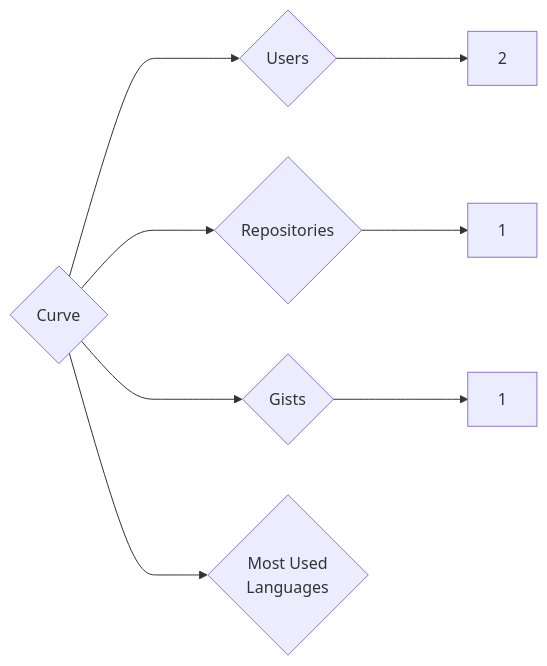
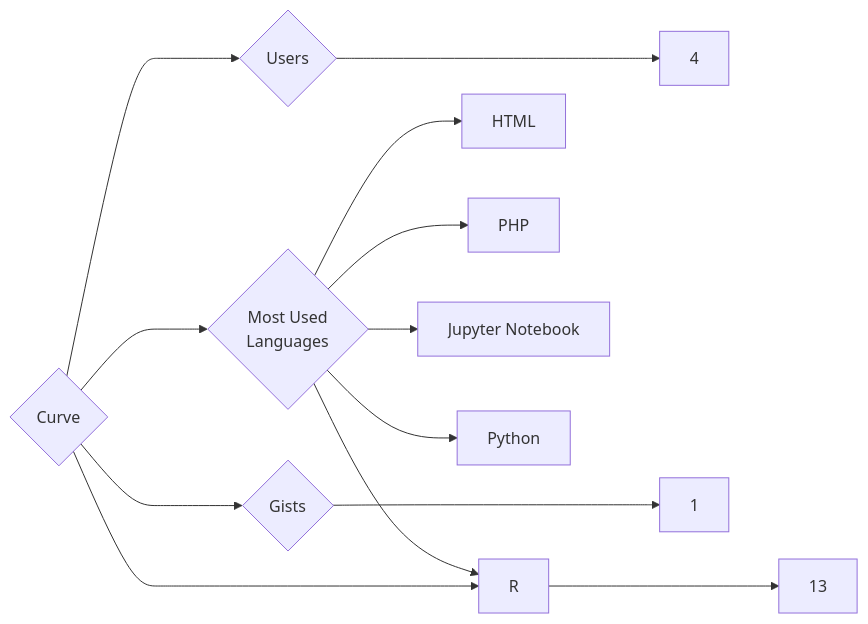
One commit to trickest/insiders changed the diagram in targets/Curve/README.md. Above: the diagram before and after it, drawn with Mermaid. The commit also changed 736 other files, not shown here.

````diff
--- a/targets/Curve/README.md
+++ b/targets/Curve/README.md
@@ -3,8 +3,13 @@
 ```mermaid
 graph LR
 COMPANY_NAME{Curve}
-COMPANY_NAME ---> U{Users} ---> UN[2]
-COMPANY_NAME ---> R{Repositories} ---> RN[1]
+COMPANY_NAME ---> U{Users} ---> UN[4]
+COMPANY_NAME ---> R{Repositories} ---> RN[13]
 COMPANY_NAME ---> G{Gists} ---> GN[1]
 COMPANY_NAME ---> ML{Most Used<br>Languages}
+ML --> HTML[HTML]
+ML --> PHP[PHP]
+ML --> Jupyter_Notebook[Jupyter Notebook]
+ML --> R[R]
+ML --> Python[Python]
 ```
````
